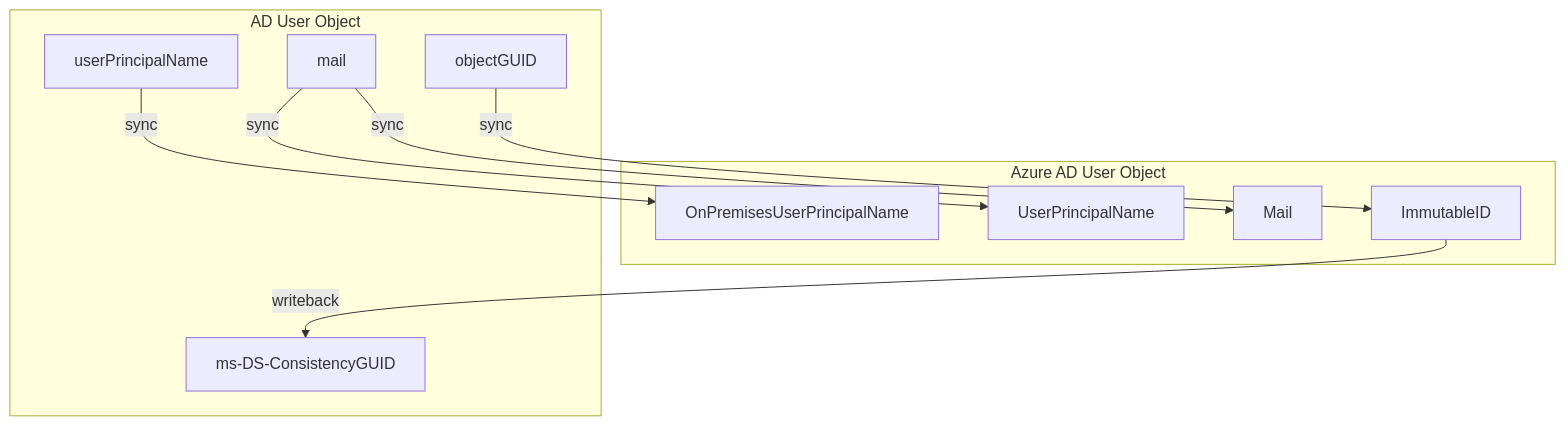
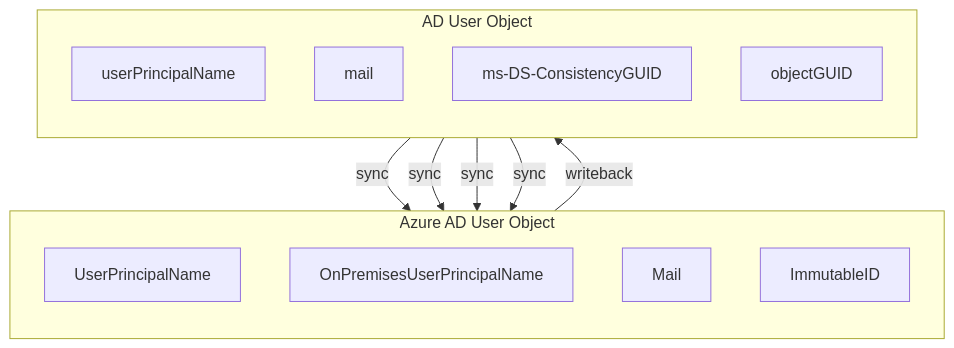
Before and after one commit to amasse3/AzureAD-Baseline-MLZ: the diagram in doc/AAD-CertificateBasedAuthentication-DODPKI.md, drawn with Mermaid.

Commit message:
tb subgraph

`````diff
--- a/doc/AAD-CertificateBasedAuthentication-DODPKI.md
+++ b/doc/AAD-CertificateBasedAuthentication-DODPKI.md
@@ -28,19 +28,21 @@
 ````mermaid
 flowchart TD
     subgraph Azure AD User Object
+    direction TB
     UserPrincipalName
     OnPremisesUserPrincipalName
     Mail
     ImmutableID
     end
     subgraph AD User Object
+    direction TB
     userPrincipalName
     mail
     ms-DS-ConsistencyGUID
     objectGUID
     end
     userPrincipalName--sync-->OnPremisesUserPrincipalName
     mail--sync-->UserPrincipalName
     mail--sync-->Mail
     objectGUID--sync-->ImmutableID--writeback-->ms-DS-ConsistencyGUID
 ````
`````
